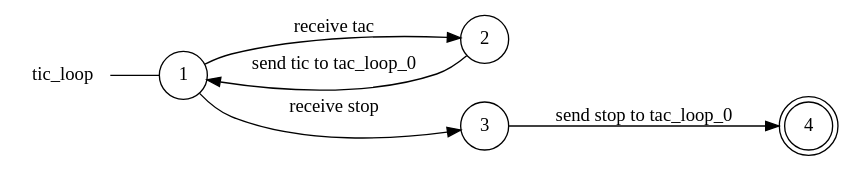
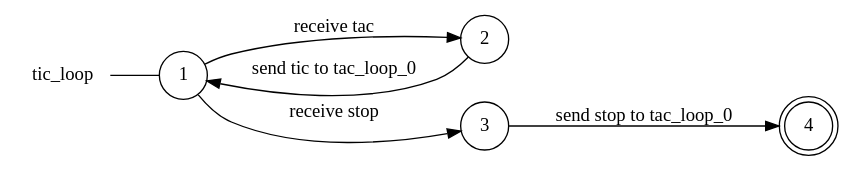
Before and after one commit to gabrielegenovese/chorer: the diagram in examples/ticktack/tic_loop_local_view.dot, drawn with Graphviz. The commit also changed other lines of this file and 34 other files, not shown here.

```diff
--- a/examples/ticktack/tic_loop_local_view.dot
+++ b/examples/ticktack/tic_loop_local_view.dot
@@ -1,14 +1,14 @@
 digraph tic_loop {
 	rankdir="LR";
 	n_0 [label="tic_loop", shape="plaintext"];
 	n_1 [id="1", shape=circle, label="1"];
 	n_0 -> n_1 [arrowhead=none];
 	n_2 [id="2", shape=circle, label="2"];
 	n_3 [id="4", shape=circle, label="3"];
 	n_4 [id="3", shape=doublecircle, label="4"];
 
-	n_2 -> n_1 [id="[$e|6]", label="send tic to tac_loop_0"];
 	n_1 -> n_2 [id="[$e|1]", label="receive tac"];
 	n_1 -> n_3 [id="[$e|4]", label="receive stop"];
 	n_3 -> n_4 [id="[$e|3]", label="send stop to tac_loop_0"];
+	n_2 -> n_1 [id="[$e|6]", label="send tic to tac_loop_0"];
 }
```
